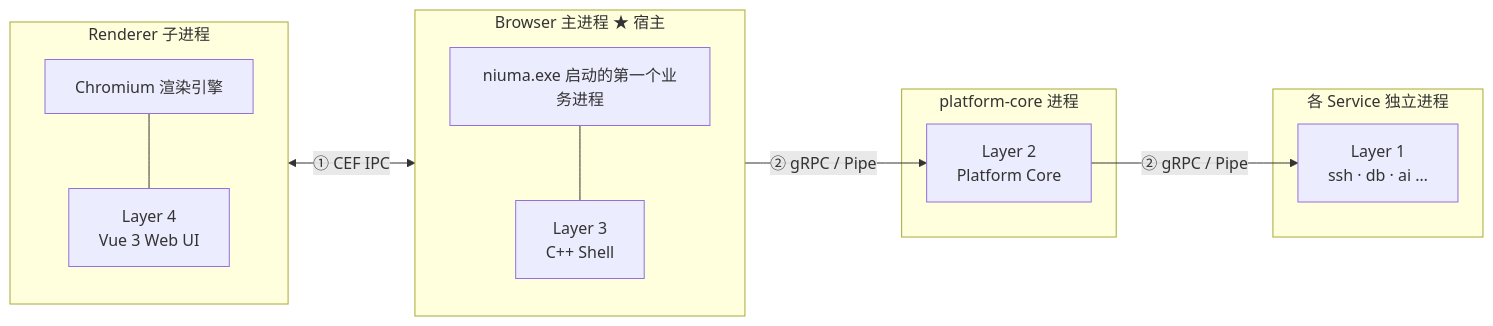
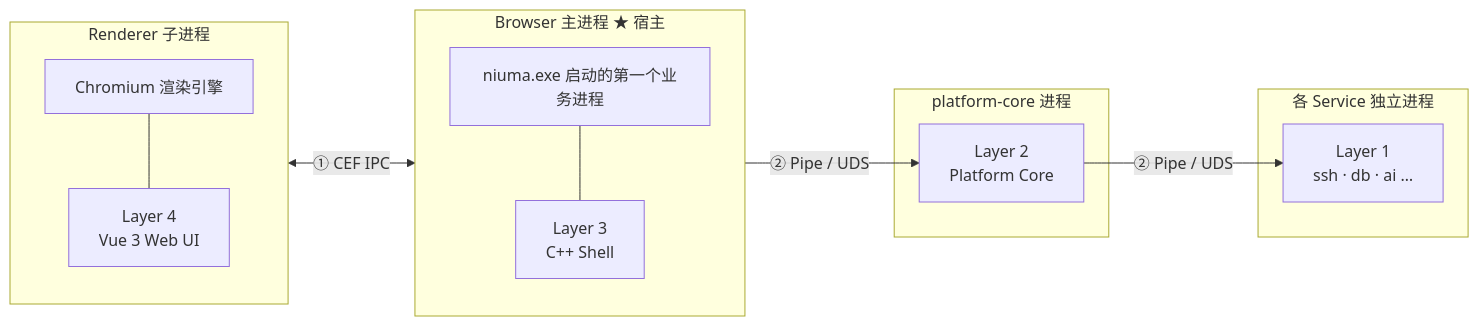
Before and after one commit to Blair-Shang/niuma: the second of 11 diagrams in docs/architecture.md, drawn with Mermaid. The commit also changed other lines of this file and 186 other files, not shown here.

````diff
--- a/docs/architecture.md
+++ b/docs/architecture.md
@@ -85,28 +85,28 @@
 ```mermaid
 flowchart LR
     subgraph R["Renderer 子进程"]
         direction TB
         rnote["Chromium 渲染引擎"]
         L4p["Layer 4<br/>Vue 3 Web UI"]
         rnote --- L4p
     end
 
     subgraph B["Browser 主进程 ★ 宿主"]
         direction TB
         bnote["niuma.exe 启动的第一个业务进程"]
         L3p["Layer 3<br/>C++ Shell"]
         bnote --- L3p
     end
 
     subgraph P["platform-core 进程"]
         L2p["Layer 2<br/>Platform Core"]
     end
 
     subgraph S["各 Service 独立进程"]
         L1p["Layer 1<br/>ssh · db · ai …"]
     end
 
     L4p <-->|"① CEF IPC"| L3p
-    L3p -->|"② gRPC / Pipe"| L2p
-    L2p -->|"② gRPC / Pipe"| L1p
+    L3p -->|"② Pipe / UDS"| L2p
+    L2p -->|"② Pipe / UDS"| L1p
 ```
````
